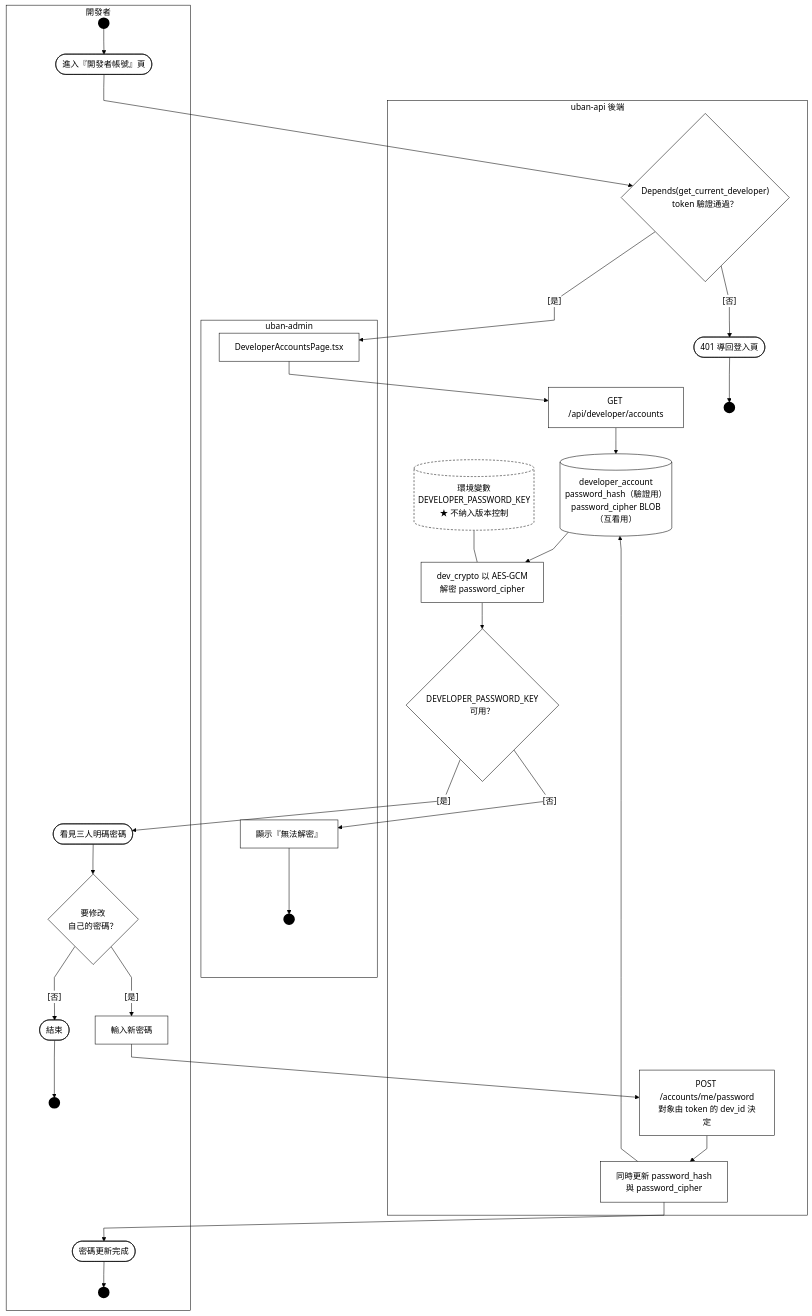
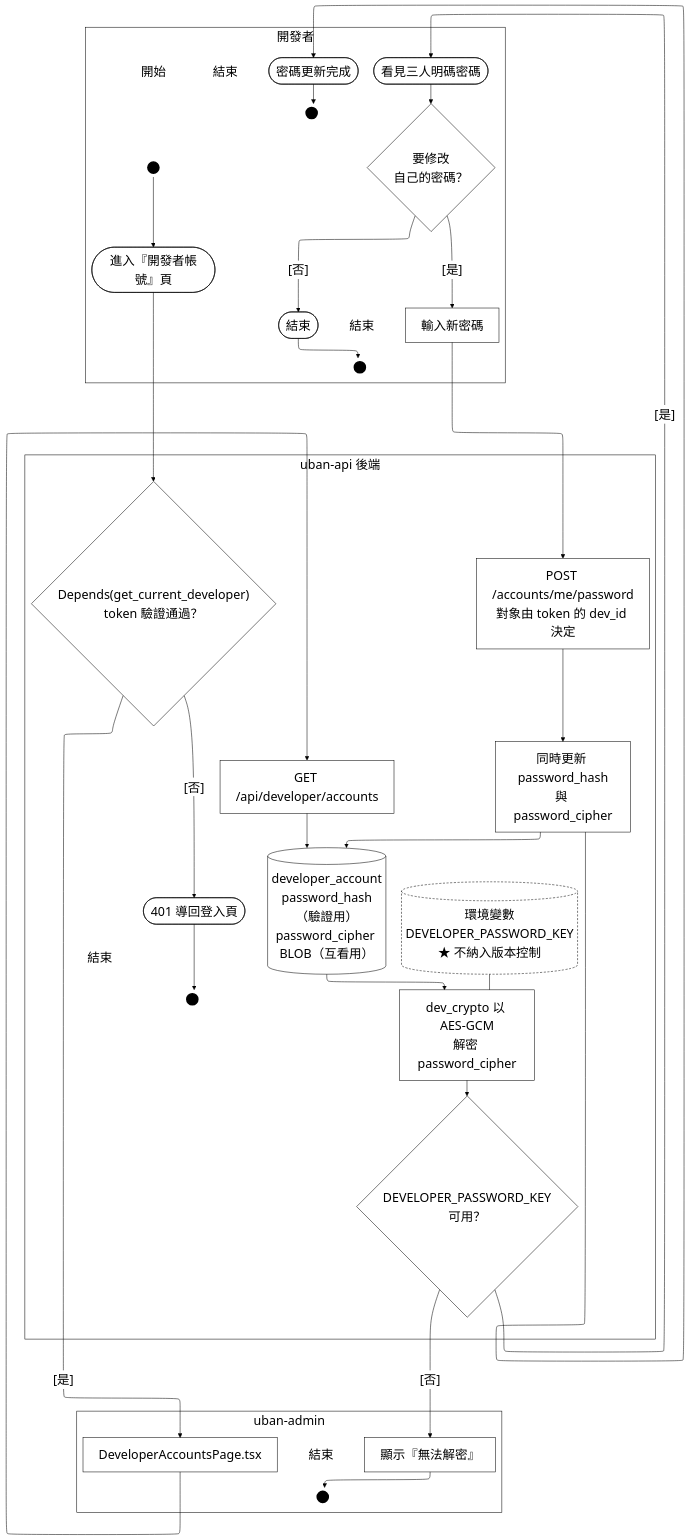
The diagram in Uban System Documents/mermaid原始碼/A24-帳號安全管理.mmd (HuangYu-Kai/Uban), drawn with Mermaid before and after one commit. The commit also changed 37 other files, not shown here.

First line of the commit message:
圖表：改用 ELK 正交路由、字體放大到 24px、起訖點加上開始與結束標註

```diff
--- a/Uban System Documents/mermaid原始碼/A24-帳號安全管理.mmd
+++ b/Uban System Documents/mermaid原始碼/A24-帳號安全管理.mmd
@@ -1,58 +1,71 @@
-%%{init:{"flowchart":{"curve":"linear","htmlLabels":true},"themeVariables":{"clusterBkg":"#FFFFFF","clusterBorder":"#000000","edgeLabelBackground":"#FFFFFF","textColor":"#000000","nodeTextColor":"#000000","titleColor":"#000000","lineColor":"#000000"}}}%%
+%%{init:{"layout":"elk","elk":{"mergeEdges":false},"flowchart":{"htmlLabels":true},"themeVariables":{"clusterBkg":"#FFFFFF","clusterBorder":"#000000","edgeLabelBackground":"#FFFFFF","textColor":"#000000","nodeTextColor":"#000000","titleColor":"#000000","lineColor":"#000000","fontSize":"24px"}}}%%
 flowchart TD
   subgraph ROLE["開發者"]
+    LS_S1["開始"]:::lbl
     ST_S1(("&nbsp;")):::term
     S1([進入『開發者帳號』頁]):::act
     S2(["看見三人明碼密碼"]):::act
     S3{"要修改<br/>自己的密碼？"}:::dec
     S4["輸入新密碼"]:::act
     S5(["密碼更新完成"]):::act
+    LE_S5["結束"]:::lbl
     EN_S5(("&nbsp;")):::term
     E1([結束]):::act
+    LE_E1["結束"]:::lbl
     EN_E1(("&nbsp;")):::term
   end
   subgraph FE["uban-admin"]
     A1["DeveloperAccountsPage.tsx"]:::act
     A2["顯示『無法解密』"]:::act
+    LE_A2["結束"]:::lbl
     EN_A2(("&nbsp;")):::term
   end
   subgraph BE["uban-api 後端"]
     G0{"Depends(get_current_developer)<br/>token 驗證通過？"}:::dec
     B1["GET /api/developer/accounts"]:::act
     B2["dev_crypto 以 AES-GCM<br/>解密 password_cipher"]:::act
     B3{"DEVELOPER_PASSWORD_KEY<br/>可用？"}:::dec
     B4["POST /accounts/me/password<br/>對象由 token 的 dev_id 決定"]:::act
     B5["同時更新 password_hash<br/>與 password_cipher"]:::act
     DB[("developer_account<br/>password_hash（驗證用）<br/>password_cipher BLOB（互看用）")]:::act
     ENV[("環境變數<br/>DEVELOPER_PASSWORD_KEY<br/>★ 不納入版本控制")]:::gap
     X(["401 導回登入頁"]):::act
+    LE_X["結束"]:::lbl
     EN_X(("&nbsp;")):::term
   end
 
+  LS_S1 ~~~ ST_S1
   ST_S1 --> S1
   S1 --> G0
   G0 -->|"[否]"| X
   G0 -->|"[是]"| A1
   A1 --> B1
   B1 --> DB
   DB --> B2
   ENV --- B2
   B2 --> B3
   B3 -->|"[否]"| A2
   B3 -->|"[是]"| S2
   S2 --> S3
   S3 -->|"[否]"| E1
   S3 -->|"[是]"| S4
   S4 --> B4
   B4 --> B5
   B5 --> DB
   B5 --> S5
   S5 --> EN_S5
+  LE_S5 ~~~ EN_S5
   E1 --> EN_E1
+  LE_E1 ~~~ EN_E1
   A2 --> EN_A2
+  LE_A2 ~~~ EN_A2
   X --> EN_X
+  LE_X ~~~ EN_X
+  %% 鎖住泳道順序：ELK 不照宣告順序排，沒有這條鏈後端會跑到最上面
+  ROLE ~~~ FE ~~~ BE
 
   classDef act  fill:#FFFFFF,stroke:#000000,stroke-width:1px,color:#000000
   classDef dec  fill:#FFFFFF,stroke:#000000,stroke-width:1px,color:#000000
   classDef term fill:#000000,stroke:#000000,stroke-width:3px,color:#000000
   classDef gap  fill:#FFFFFF,stroke:#000000,stroke-width:1px,color:#000000,stroke-dasharray:4 3
+  classDef lbl  fill:none,stroke:none,color:#000000
```
